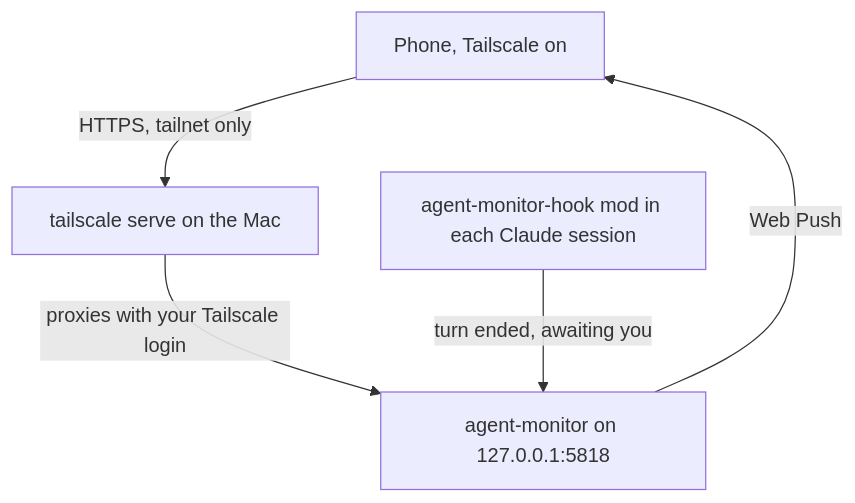
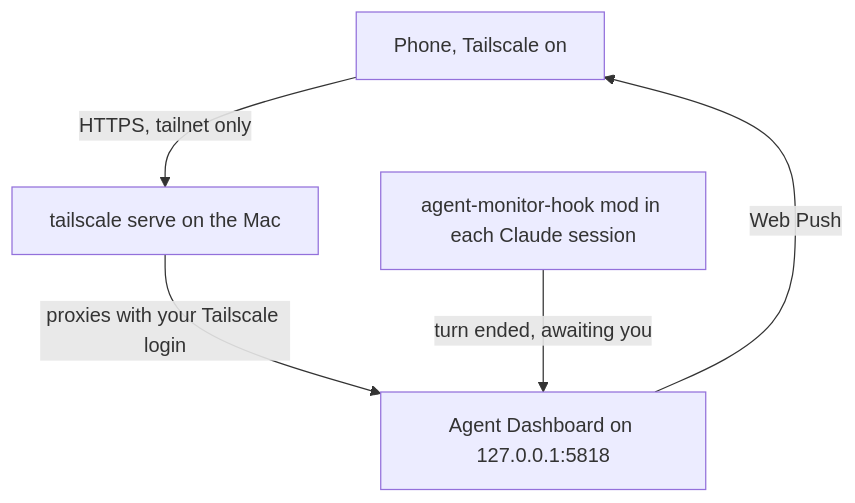
Before and after one commit to snj-adhikari/agent-dashboard: the third of 4 diagrams in README.md, drawn with Mermaid. The commit also changed other lines of this file and 11 other files, not shown here.

Commit message:
[TECH] Use the public Agent Dashboard name in docs and phone app

````diff
--- a/README.md
+++ b/README.md
@@ -244,7 +244,7 @@
 ```mermaid
 flowchart TD
   Phone["Phone, Tailscale on"] -->|"HTTPS, tailnet only"| Serve["tailscale serve on the Mac"]
-  Serve -->|"proxies with your Tailscale login"| Server["agent-monitor on 127.0.0.1:5818"]
+  Serve -->|"proxies with your Tailscale login"| Server["Agent Dashboard on 127.0.0.1:5818"]
   Mod["agent-monitor-hook mod in each Claude session"] -->|"turn ended, awaiting you"| Server
   Server -->|"Web Push"| Phone
 ```
````
